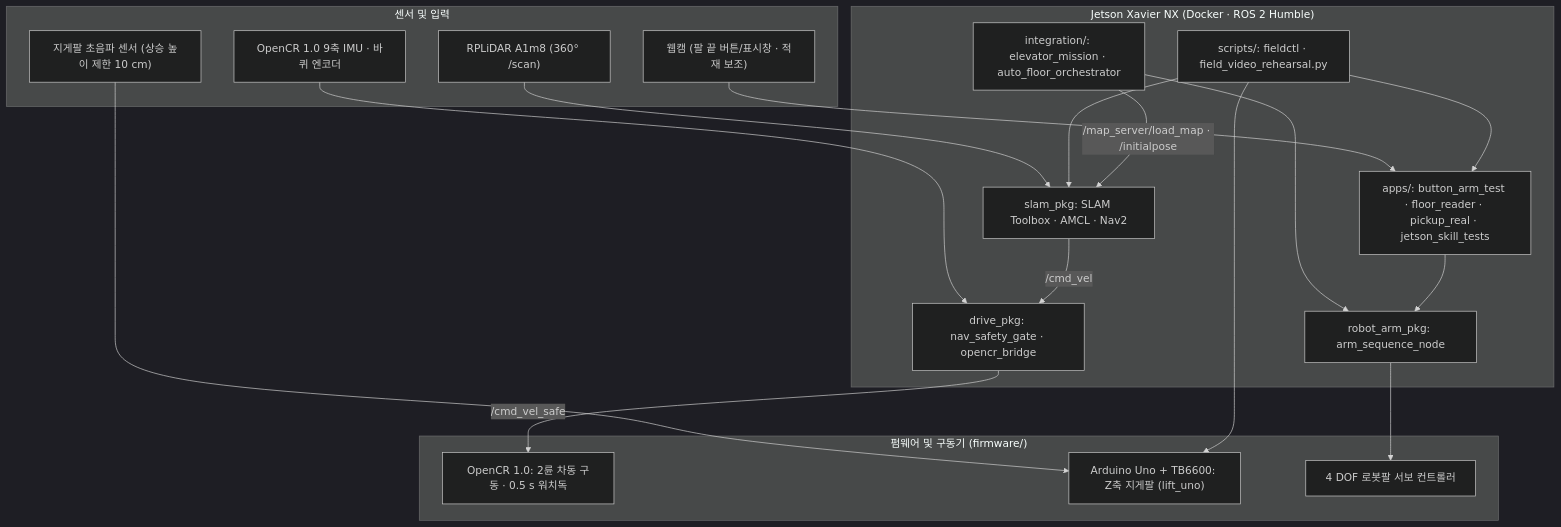
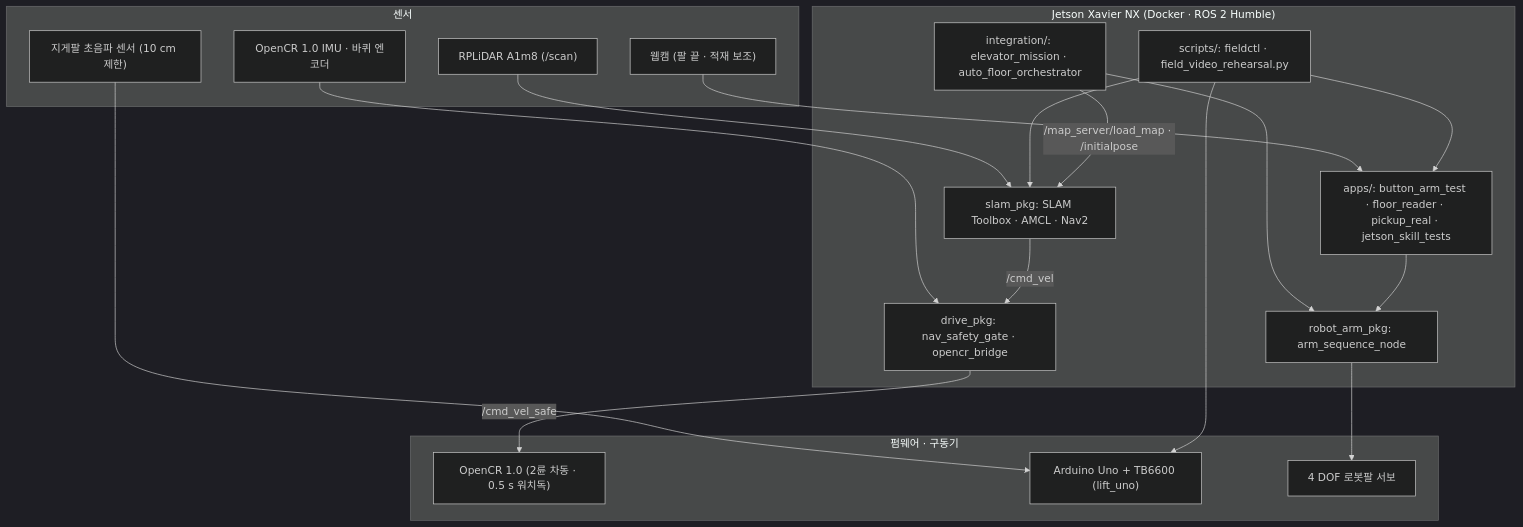
The diagram in docs/architecture.md (PackagU/PackagU), drawn with Mermaid (dark theme) before and after one commit. The commit also changed other lines of this file and 8 other files, not shown here.

````diff
--- a/docs/architecture.md
+++ b/docs/architecture.md
@@ -7,39 +7,39 @@
 ```mermaid
 flowchart TB
-  subgraph SENS["센서 및 입력"]
-    LIDAR["RPLiDAR A1m8 (360° /scan)"]
-    IMU["OpenCR 1.0 9축 IMU · 바퀴 엔코더"]
-    CAM["웹캠 (팔 끝 버튼/표시창 · 적재 보조)"]
-    US["지게팔 초음파 센서 (상승 높이 제한 10 cm)"]
+  subgraph SENS["센서"]
+    LIDAR["RPLiDAR A1m8 (/scan)"]
+    IMU["OpenCR 1.0 IMU · 바퀴 엔코더"]
+    CAM["웹캠 (팔 끝 · 적재 보조)"]
+    US["지게팔 초음파 센서 (10 cm 제한)"]
   end
 
   subgraph JETSON["Jetson Xavier NX (Docker · ROS 2 Humble)"]
     SLAM["slam_pkg: SLAM Toolbox · AMCL · Nav2"]
     SAFE["drive_pkg: nav_safety_gate · opencr_bridge"]
     ARM["robot_arm_pkg: arm_sequence_node"]
     ORCH["integration/: elevator_mission · auto_floor_orchestrator"]
     APPS["apps/: button_arm_test · floor_reader · pickup_real · jetson_skill_tests"]
     CTRL["scripts/: fieldctl · field_video_rehearsal.py"]
   end
 
-  subgraph ACT["펌웨어 및 구동기 (firmware/)"]
-    OPENCR["OpenCR 1.0: 2륜 차동 구동 · 0.5 s 워치독"]
-    LIFT["Arduino Uno + TB6600: Z축 지게팔 (lift_uno)"]
-    SERVO["4 DOF 로봇팔 서보 컨트롤러"]
+  subgraph ACT["펌웨어 · 구동기"]
+    OPENCR["OpenCR 1.0 (2륜 차동 · 0.5 s 워치독)"]
+    LIFT["Arduino Uno + TB6600 (lift_uno)"]
+    SERVO["4 DOF 로봇팔 서보"]
   end
 
   LIDAR --> SLAM
   IMU --> SAFE
   CAM --> APPS
   US --> LIFT
 
   SLAM -->|/cmd_vel| SAFE
   SAFE -->|/cmd_vel_safe| OPENCR
   CTRL --> SLAM
   CTRL --> APPS
   CTRL --> LIFT
   ORCH -->|/map_server/load_map · /initialpose| SLAM
   ORCH --> ARM
   APPS --> ARM
   ARM --> SERVO
 ```
````
